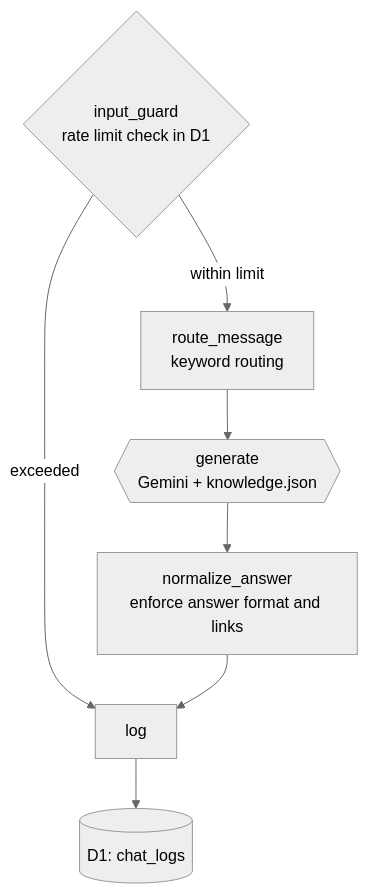
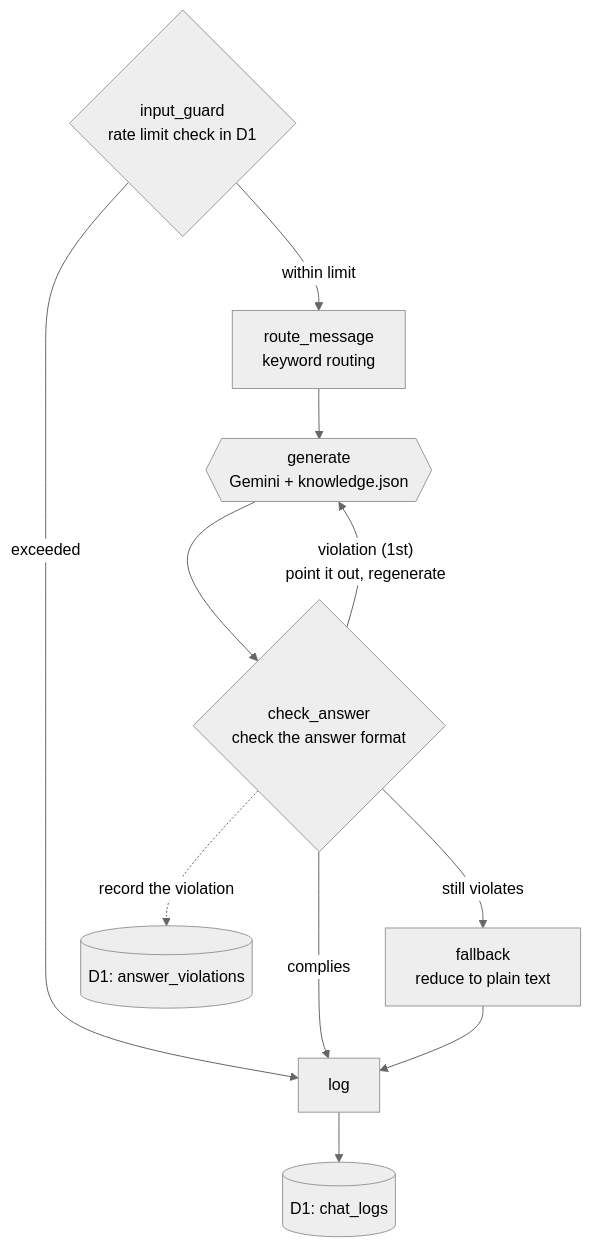
One commit to yktsnet/folio-agent changed the diagram in README.en.md. Above: the diagram before and after it, drawn with Mermaid (neutral theme). The commit also changed other lines of this file and 32 other files, not shown here.

````diff
--- a/README.en.md
+++ b/README.en.md
@@ -39,10 +39,14 @@
 ```mermaid
 flowchart TD
     Guard{"input_guard<br/>rate limit check in D1"}
     Guard -->|"within limit"| Route["route_message<br/>keyword routing"]
     Guard -->|"exceeded"| Log["log"]
     Route --> Generate{{"generate<br/>Gemini + knowledge.json"}}
-    Generate --> Normalize["normalize_answer<br/>enforce answer format and links"]
-    Normalize --> Log
+    Generate --> Check{"check_answer<br/>check the answer format"}
+    Check -->|"complies"| Log
+    Check -->|"violation (1st)<br/>point it out, regenerate"| Generate
+    Check -->|"still violates"| Fallback["fallback<br/>reduce to plain text"]
+    Fallback --> Log
+    Check -.->|"record the violation"| Violations[("D1: answer_violations")]
     Log --> D1[("D1: chat_logs")]
 ```
````
